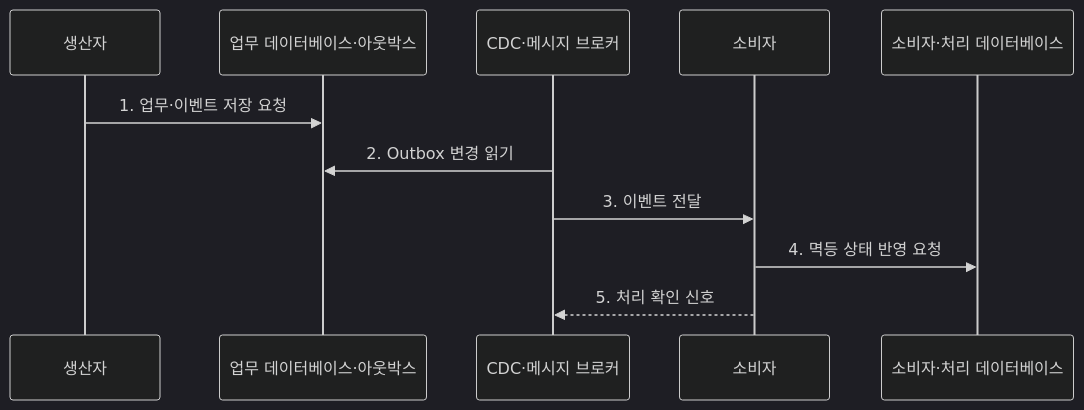
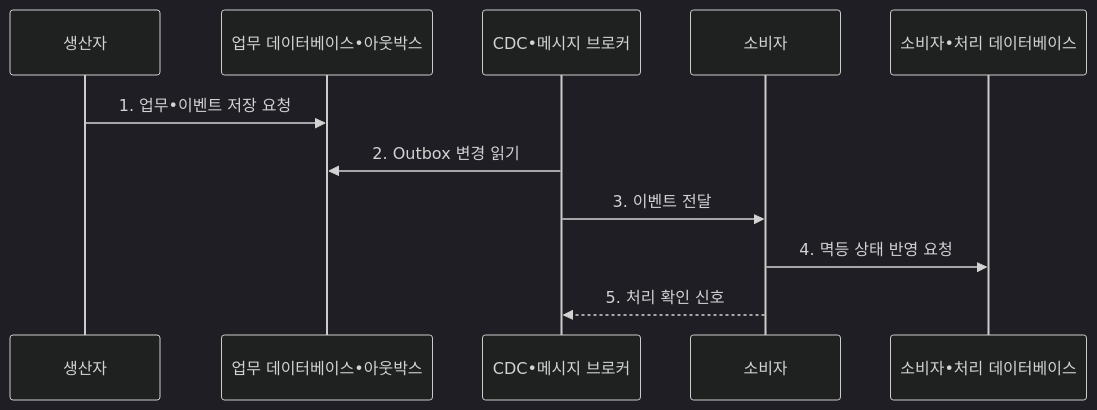
Before and after one commit to agnusdei1207/knowledge-base: the second of 2 diagrams in src/content/docs/notes/03-software/175_event_driven_architecture.md, drawn with Mermaid (dark theme). The commit also changed other lines of this file and 953 other files, not shown here.

````diff
--- a/src/content/docs/notes/03-software/175_event_driven_architecture.md
+++ b/src/content/docs/notes/03-software/175_event_driven_architecture.md
@@ -108,13 +108,13 @@
 ```mermaid
 sequenceDiagram
     participant P as 생산자
-    participant O as 업무 데이터베이스·아웃박스
-    participant B as CDC·메시지 브로커
+    participant O as 업무 데이터베이스•아웃박스
+    participant B as CDC•메시지 브로커
     participant C as 소비자
-    participant D as 소비자·처리 데이터베이스
-    P->>O: 1. 업무·이벤트 저장 요청
+    participant D as 소비자•처리 데이터베이스
+    P->>O: 1. 업무•이벤트 저장 요청
     B->>O: 2. Outbox 변경 읽기
     B->>C: 3. 이벤트 전달
     C->>D: 4. 멱등 상태 반영 요청
     C-->>B: 5. 처리 확인 신호
 ```
````
